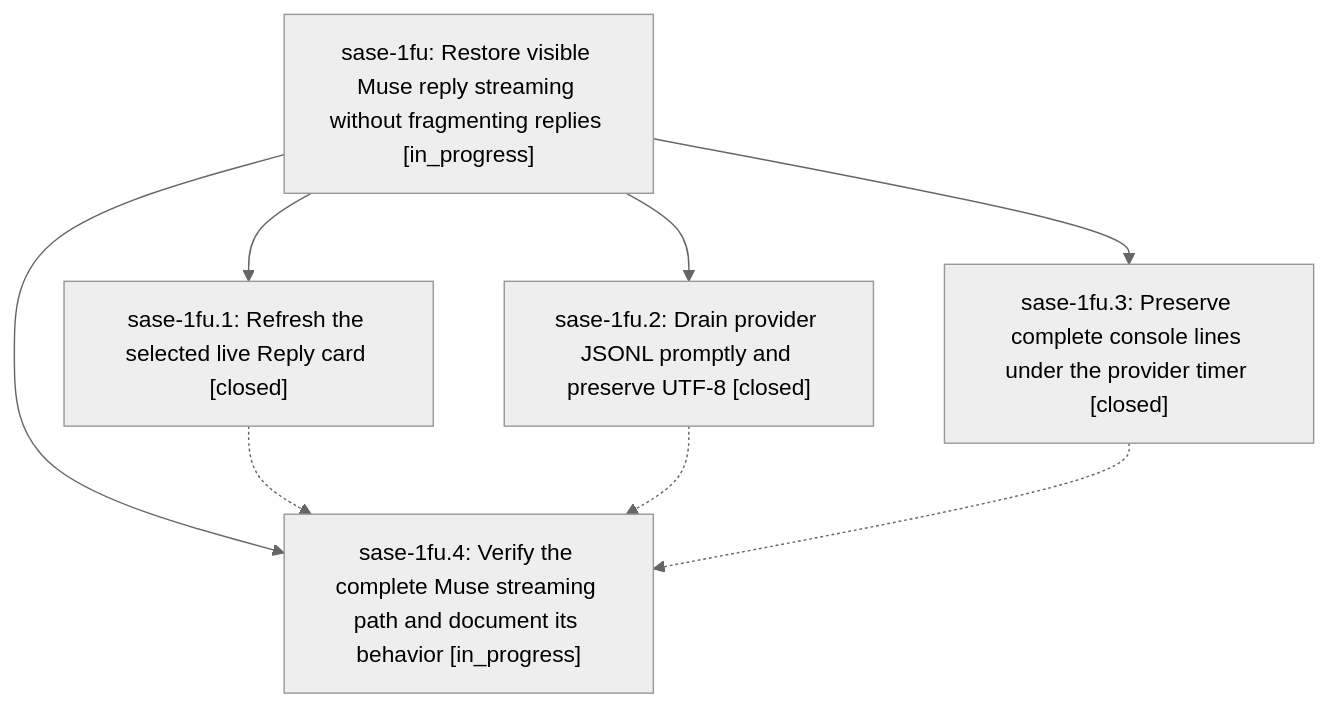
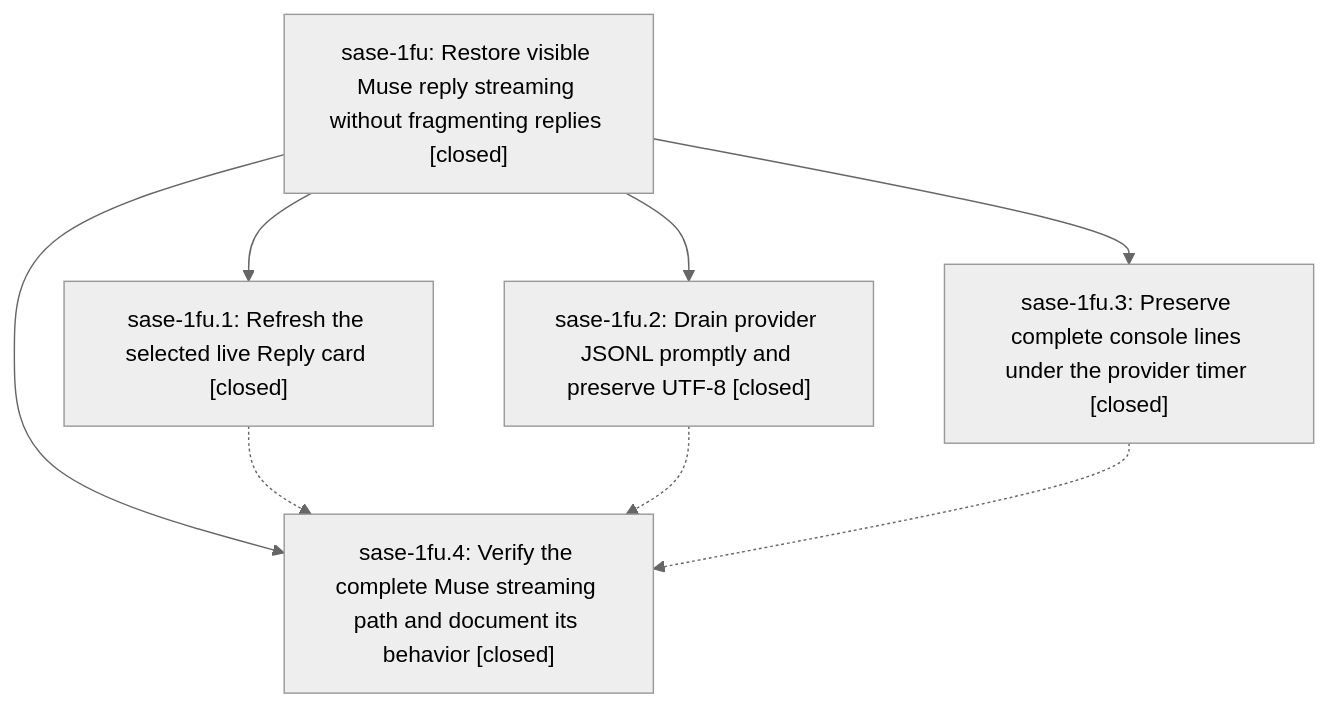
Before and after one commit to sase-org/sase--beads: the diagram in pages/sase-1fu/README.md, drawn with Mermaid (neutral theme). The commit also changed other lines of this file and 4 other files, not shown here.

````diff
--- a/pages/sase-1fu/README.md
+++ b/pages/sase-1fu/README.md
@@ -25,15 +43,15 @@
 ```mermaid
 flowchart TD
-    n0["sase-1fu: Restore visible Muse reply streaming without fragmenting replies [in_progress]"]
+    n0["sase-1fu: Restore visible Muse reply streaming without fragmenting replies [closed]"]
     n1["sase-1fu.1: Refresh the selected live Reply card [closed]"]
     n2["sase-1fu.2: Drain provider JSONL promptly and preserve UTF-8 [closed]"]
     n3["sase-1fu.3: Preserve complete console lines under the provider timer [closed]"]
-    n4["sase-1fu.4: Verify the complete Muse streaming path and document its behavior [in_progress]"]
+    n4["sase-1fu.4: Verify the complete Muse streaming path and document its behavior [closed]"]
     n0 --> n1
     n0 --> n2
     n0 --> n3
     n0 --> n4
     n1 -.-> n4
     n2 -.-> n4
     n3 -.-> n4
 ```
````
